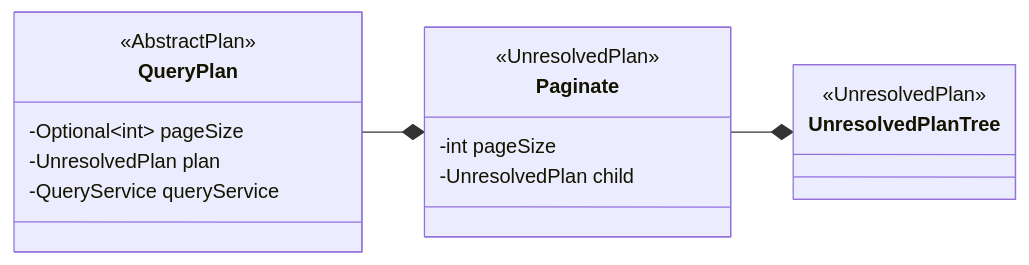
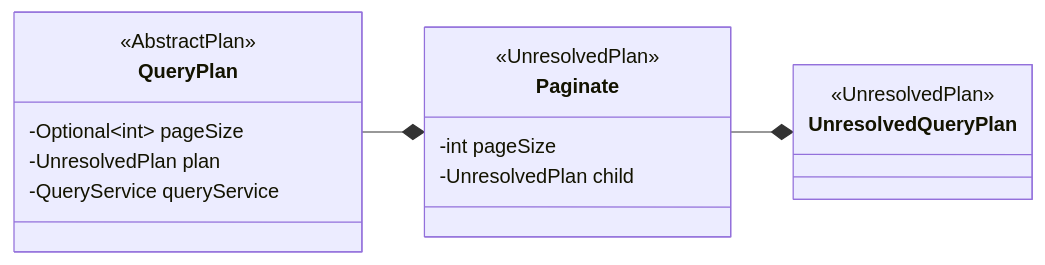
Before and after one commit to opensearch-project/sql: the third of 18 diagrams in docs/dev/Pagination-v2.md, drawn with Mermaid. The commit also changed other lines of this file, not shown here.

````diff
--- a/docs/dev/Pagination-v2.md
+++ b/docs/dev/Pagination-v2.md
@@ -200,20 +169,20 @@
 ```mermaid
 classDiagram
   direction LR
   class QueryPlan {
     <<AbstractPlan>>
     -Optional~int~ pageSize
     -UnresolvedPlan plan
     -QueryService queryService
   }
   class Paginate {
     <<UnresolvedPlan>>
     -int pageSize
     -UnresolvedPlan child
   }
-  class UnresolvedPlanTree {
+  class UnresolvedQueryPlan {
     <<UnresolvedPlan>>
   }
   QueryPlan --* Paginate
-  Paginate --* UnresolvedPlanTree
+  Paginate --* UnresolvedQueryPlan
 ```
````
